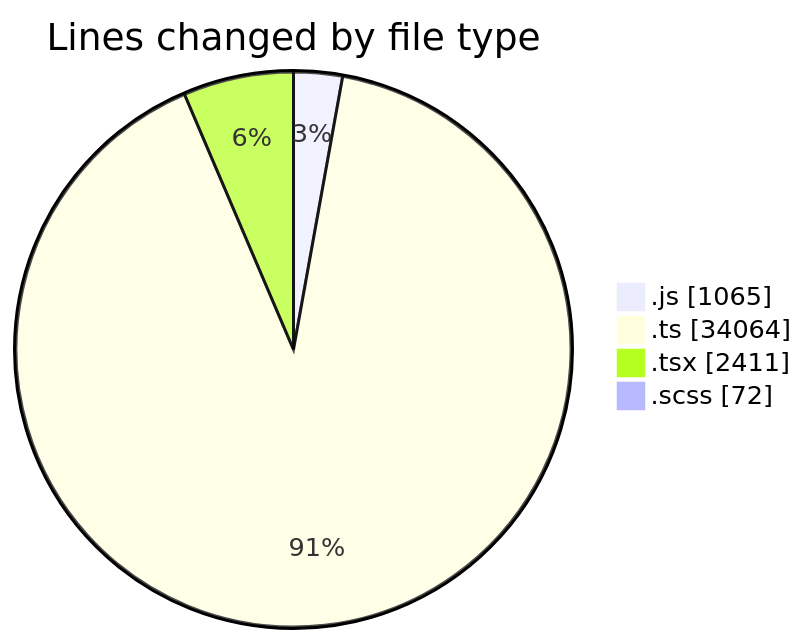
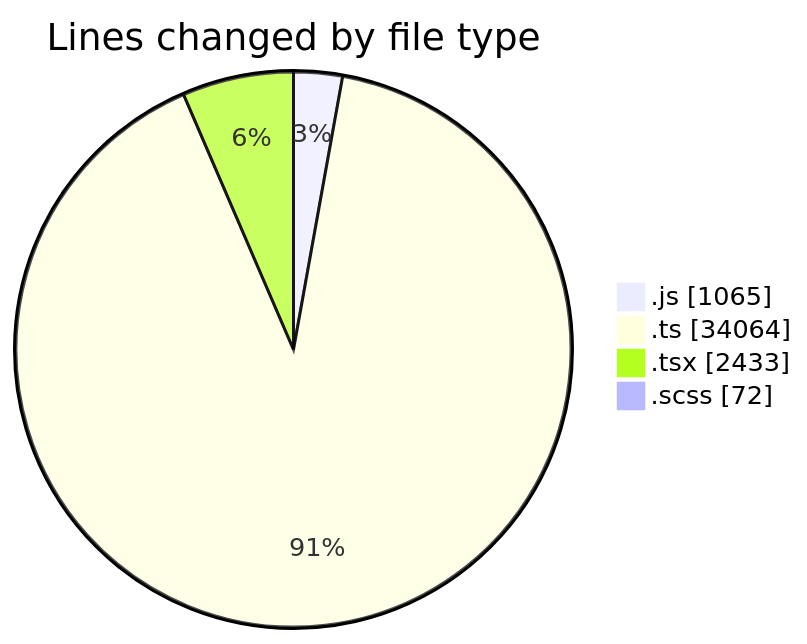
Before and after one commit to momahboobian/code-tracking: the first of 2 diagrams in 2026-10-06/cda/README.md, drawn with Mermaid. The commit also changed other lines of this file and 1 other file, not shown here.

````diff
--- a/2026-10-06/cda/README.md
+++ b/2026-10-06/cda/README.md
@@ -52,8 +52,8 @@
 ```mermaid
 pie showData
 title Lines changed by file type
 ".js" : 1065
 ".ts" : 34064
-".tsx" : 2411
+".tsx" : 2433
 ".scss" : 72
 ```
````
